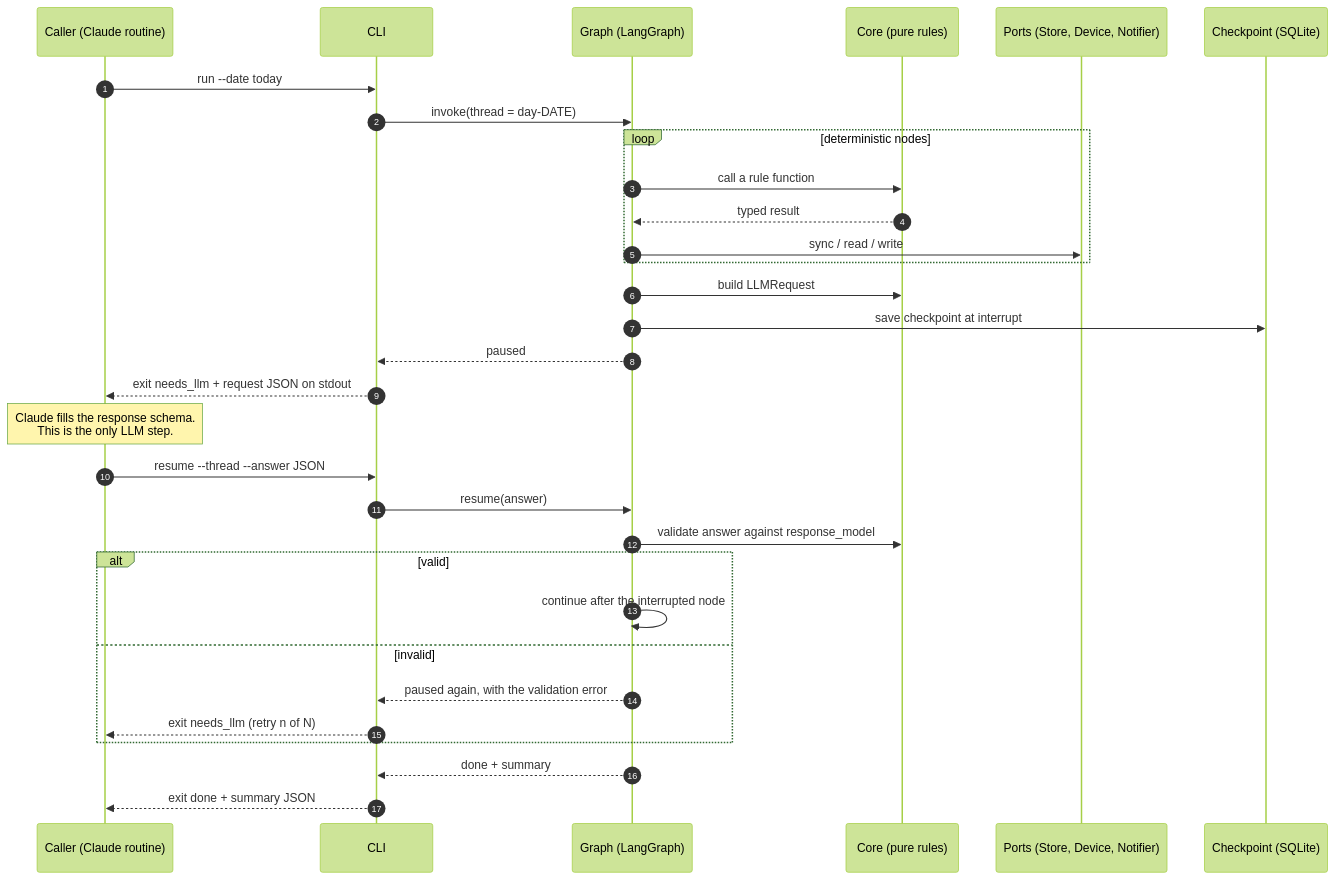
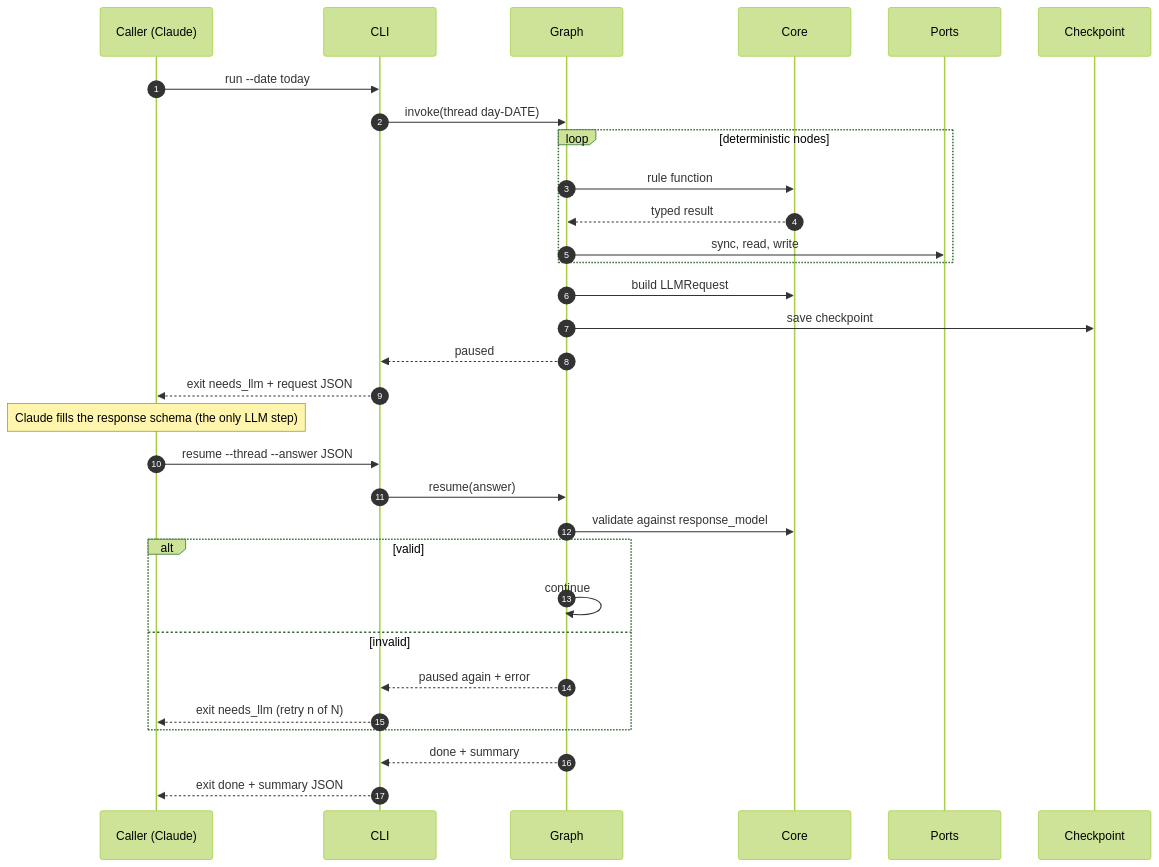
Diagram 11 of 24 in docs/interaction-flows.md (erevtsov/full-stack-athlete), drawn with Mermaid (forest theme) before and after one commit. The commit also changed other lines of this file, not shown here.

Commit message:
docs: split oversized flow diagrams so they render legibly

````diff
--- a/docs/interaction-flows.md
+++ b/docs/interaction-flows.md
@@ -289,34 +339,34 @@
 ```mermaid
 sequenceDiagram
     autonumber
-    participant C as Caller (Claude routine)
+    participant C as Caller (Claude)
     participant CLI as CLI
-    participant G as Graph (LangGraph)
-    participant K as Core (pure rules)
-    participant P as Ports (Store, Device, Notifier)
-    participant S as Checkpoint (SQLite)
+    participant G as Graph
+    participant K as Core
+    participant P as Ports
+    participant S as Checkpoint
 
     C->>CLI: run --date today
-    CLI->>G: invoke(thread = day-DATE)
+    CLI->>G: invoke(thread day-DATE)
     loop deterministic nodes
-        G->>K: call a rule function
+        G->>K: rule function
         K-->>G: typed result
-        G->>P: sync / read / write
+        G->>P: sync, read, write
     end
     G->>K: build LLMRequest
-    G->>S: save checkpoint at interrupt
+    G->>S: save checkpoint
     G-->>CLI: paused
-    CLI-->>C: exit needs_llm + request JSON on stdout
-    Note over C: Claude fills the response schema.<br/>This is the only LLM step.
+    CLI-->>C: exit needs_llm + request JSON
+    Note over C: Claude fills the response schema (the only LLM step)
     C->>CLI: resume --thread --answer JSON
     CLI->>G: resume(answer)
-    G->>K: validate answer against response_model
+    G->>K: validate against response_model
     alt valid
-        G->>G: continue after the interrupted node
+        G->>G: continue
     else invalid
-        G-->>CLI: paused again, with the validation error
+        G-->>CLI: paused again + error
         CLI-->>C: exit needs_llm (retry n of N)
     end
     G-->>CLI: done + summary
     CLI-->>C: exit done + summary JSON
 ```
````
